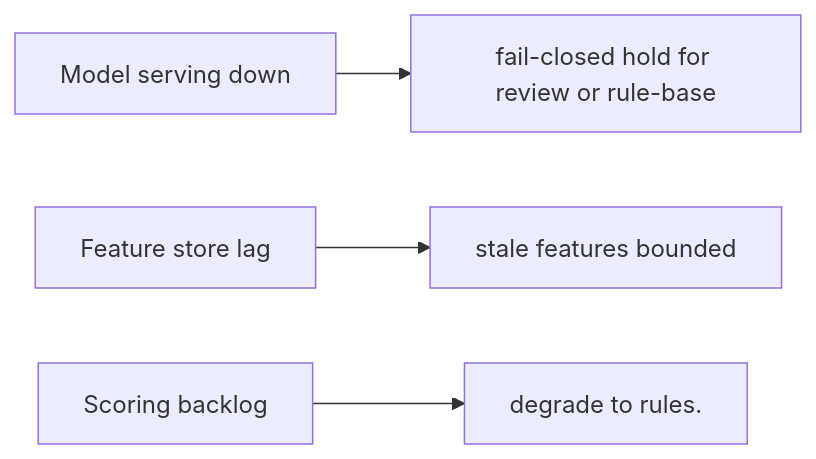
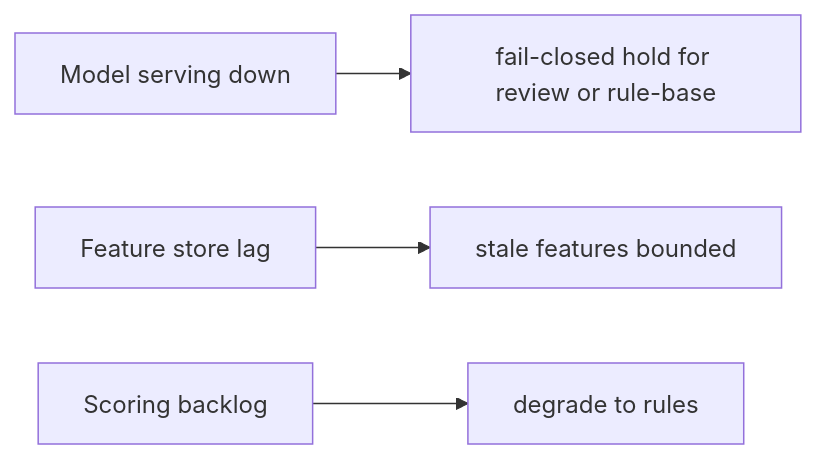
The third of 3 diagrams in case-studies/extreme/fraud-detection.md (RIT-MESH/system-design-mastery), drawn with Mermaid before and after one commit. The commit also changed other lines of this file and 215 other files, not shown here.

First line of the commit message:
Complete all remaining work: expand case studies, add 13 AI case studies, fix diagrams, status to Complete

````diff
--- a/case-studies/extreme/fraud-detection.md
+++ b/case-studies/extreme/fraud-detection.md
@@ -31,13 +37,13 @@
 ```mermaid
 %% created-for: system-design-mastery
 flowchart LR
   C1["Model serving down"]
   R2["fail-closed hold for review or rule-base"]
   C1 --> R2
   C3["Feature store lag"]
   R4["stale features bounded"]
   C3 --> R4
   C5["Scoring backlog"]
-  R6["degrade to rules."]
+  R6["degrade to rules"]
   C5 --> R6
 ```
````
